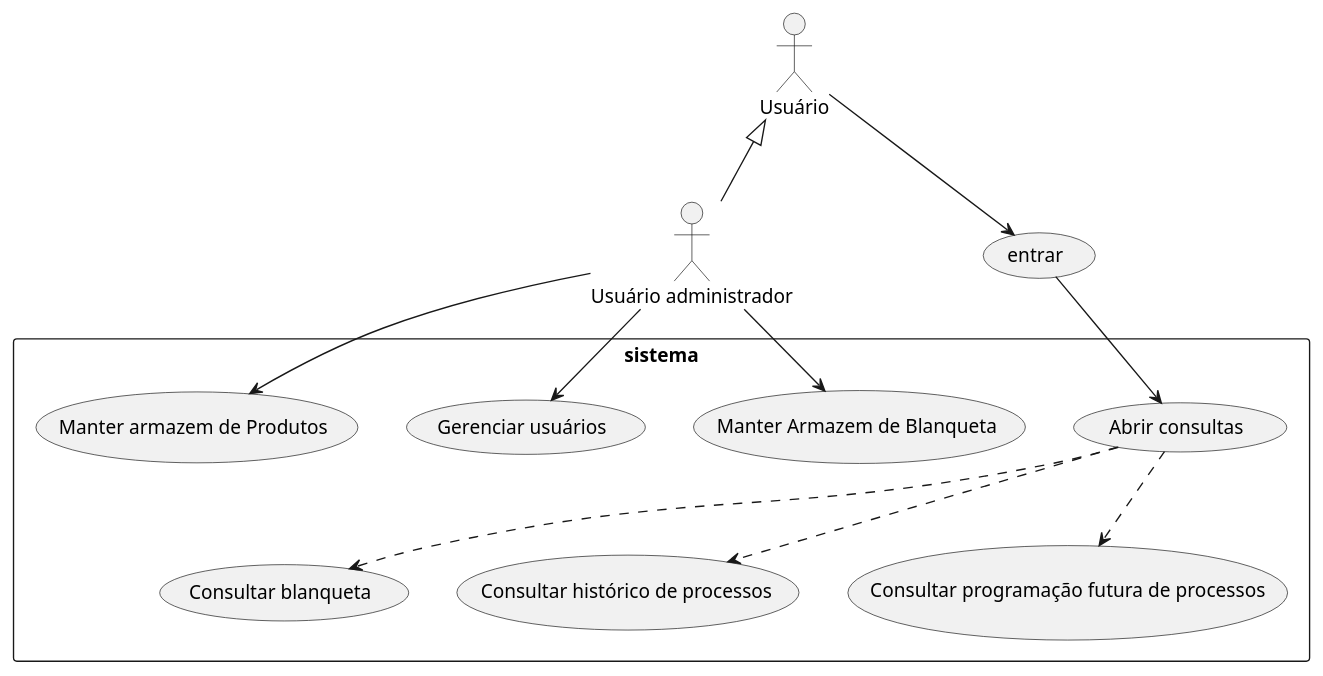
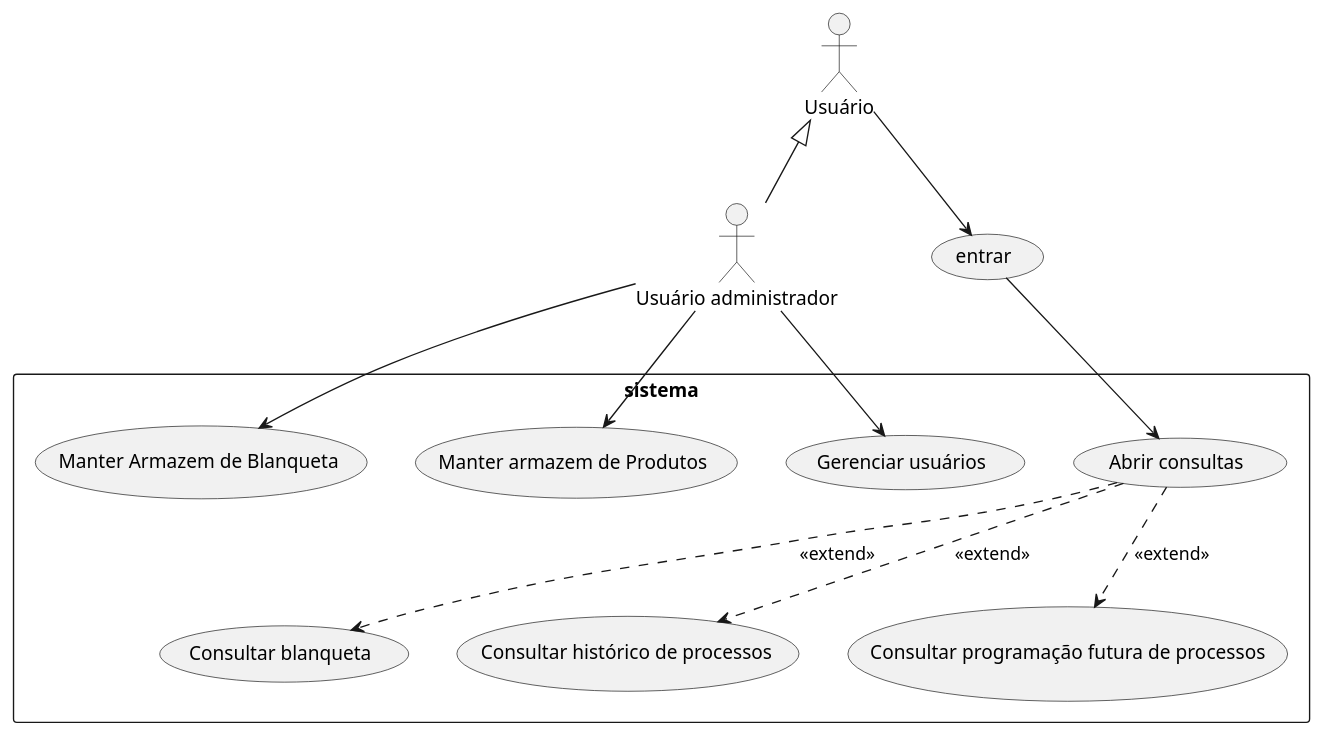
The diagram in Diagramas/CasosDeUso.wsd (SoImRayh/AllController), drawn with PlantUML before and after one commit. The commit also changed 1 other file, not shown here.

```diff
--- a/Diagramas/CasosDeUso.wsd
+++ b/Diagramas/CasosDeUso.wsd
@@ -1,25 +1,25 @@
 @startuml
 :Usuário:
 :Usuário administrador: as admin
 
 usecase (entrar) as UC1
 rectangle sistema{
     usecase (Consultar blanqueta) as UC2
     usecase (Manter Armazem de Blanqueta) as UC3
     usecase (Abrir consultas) as UC8
     usecase (Consultar histórico de processos) as UC4
     usecase (Consultar programação futura de processos) as UC7
     usecase (Manter armazem de Produtos) as UC5
     usecase (Gerenciar usuários) as UC6
 }
 
 admin -up-|> Usuário
 Usuário --> UC1
 UC1 --> UC8
-UC8 ..>UC4
-UC8 ..>UC2
-UC8 ..>UC7
+UC8 ..>UC4 : <<extend>>
+UC8 ..>UC2 : <<extend>>
+UC8 ..>UC7 : <<extend>>
 admin --> UC3
 admin --> UC5
 admin --> UC6
 @enduml
```
